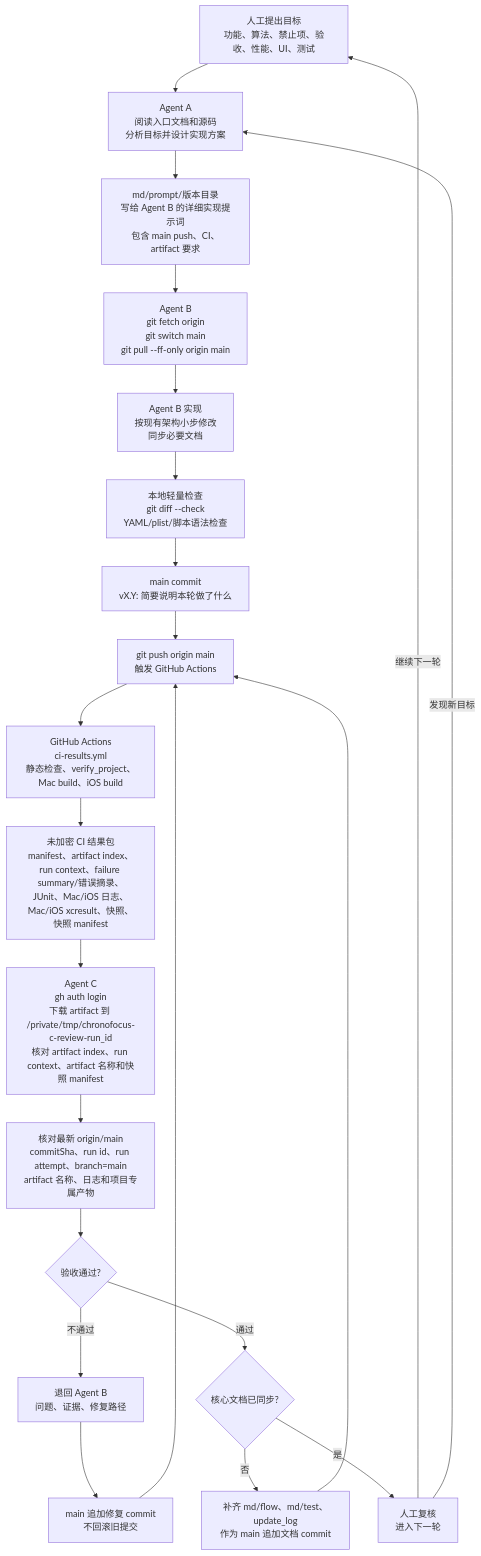
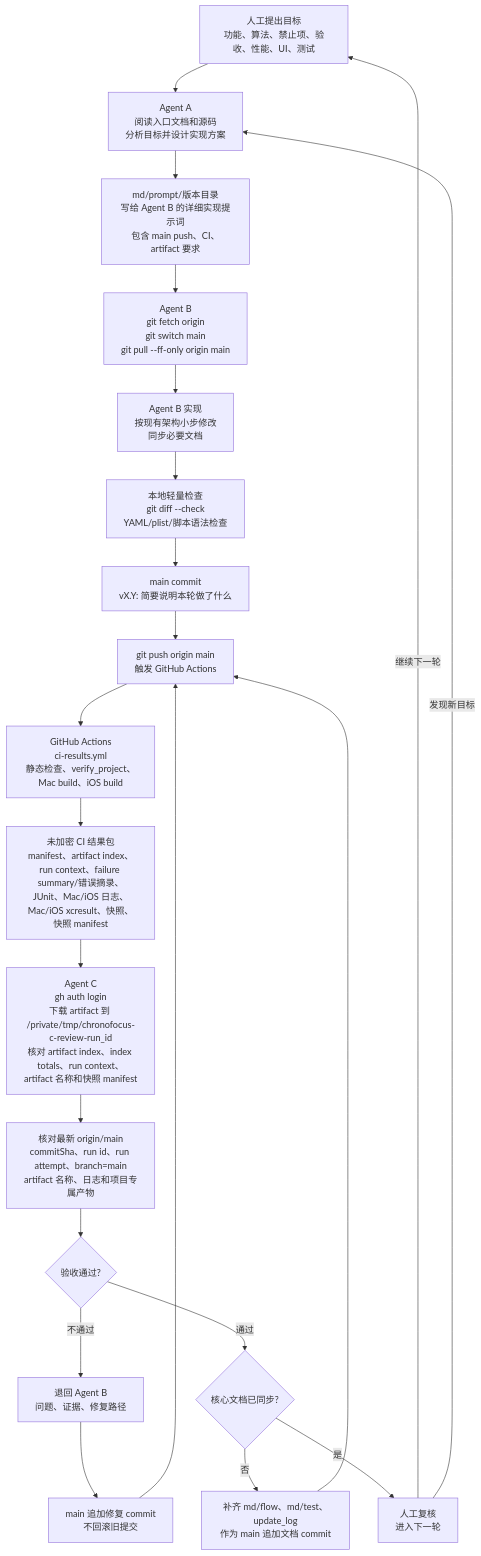
One commit to Altman-sam114/114 changed the fifth of 6 diagrams in md/flow/flowchart.md. Above: the diagram before and after it, drawn with Mermaid. The commit also changed other lines of this file and 10 other files, not shown here.

````diff
--- a/md/flow/flowchart.md
+++ b/md/flow/flowchart.md
@@ -102,24 +102,24 @@
 ```mermaid
 flowchart TD
   H["人工提出目标<br/>功能、算法、禁止项、验收、性能、UI、测试"] --> A["Agent A<br/>阅读入口文档和源码<br/>分析目标并设计实现方案"]
   A --> P["md/prompt/版本目录<br/>写给 Agent B 的详细实现提示词<br/>包含 main push、CI、artifact 要求"]
   P --> B0["Agent B<br/>git fetch origin<br/>git switch main<br/>git pull --ff-only origin main"]
   B0 --> B1["Agent B 实现<br/>按现有架构小步修改<br/>同步必要文档"]
   B1 --> L["本地轻量检查<br/>git diff --check<br/>YAML/plist/脚本语法检查"]
   L --> G["main commit<br/>vX.Y: 简要说明本轮做了什么"]
   G --> PUSH["git push origin main<br/>触发 GitHub Actions"]
   PUSH --> CI["GitHub Actions<br/>ci-results.yml<br/>静态检查、verify_project、Mac build、iOS build"]
   CI --> ART["未加密 CI 结果包<br/>manifest、artifact index、run context、failure summary/错误摘录、JUnit、Mac/iOS 日志、Mac/iOS xcresult、快照、快照 manifest"]
-  ART --> C["Agent C<br/>gh auth login<br/>下载 artifact 到 /private/tmp/chronofocus-c-review-run_id<br/>核对 artifact index、run context、artifact 名称和快照 manifest"]
+  ART --> C["Agent C<br/>gh auth login<br/>下载 artifact 到 /private/tmp/chronofocus-c-review-run_id<br/>核对 artifact index、index totals、run context、artifact 名称和快照 manifest"]
   C --> V["核对最新 origin/main<br/>commitSha、run id、run attempt、branch=main<br/>artifact 名称、日志和项目专属产物"]
   V --> PASS{"验收通过?"}
   PASS -->|不通过| BACK["退回 Agent B<br/>问题、证据、修复路径"]
   BACK --> FIX["main 追加修复 commit<br/>不回滚旧提交"]
   FIX --> PUSH
   PASS -->|通过| DOC{"核心文档已同步?"}
   DOC -->|否| D["补齐 md/flow、md/test、update_log<br/>作为 main 追加文档 commit"]
   D --> PUSH
   DOC -->|是| J["人工复核<br/>进入下一轮"]
   J -->|继续下一轮| H
   J -->|发现新目标| A
 ```
````
